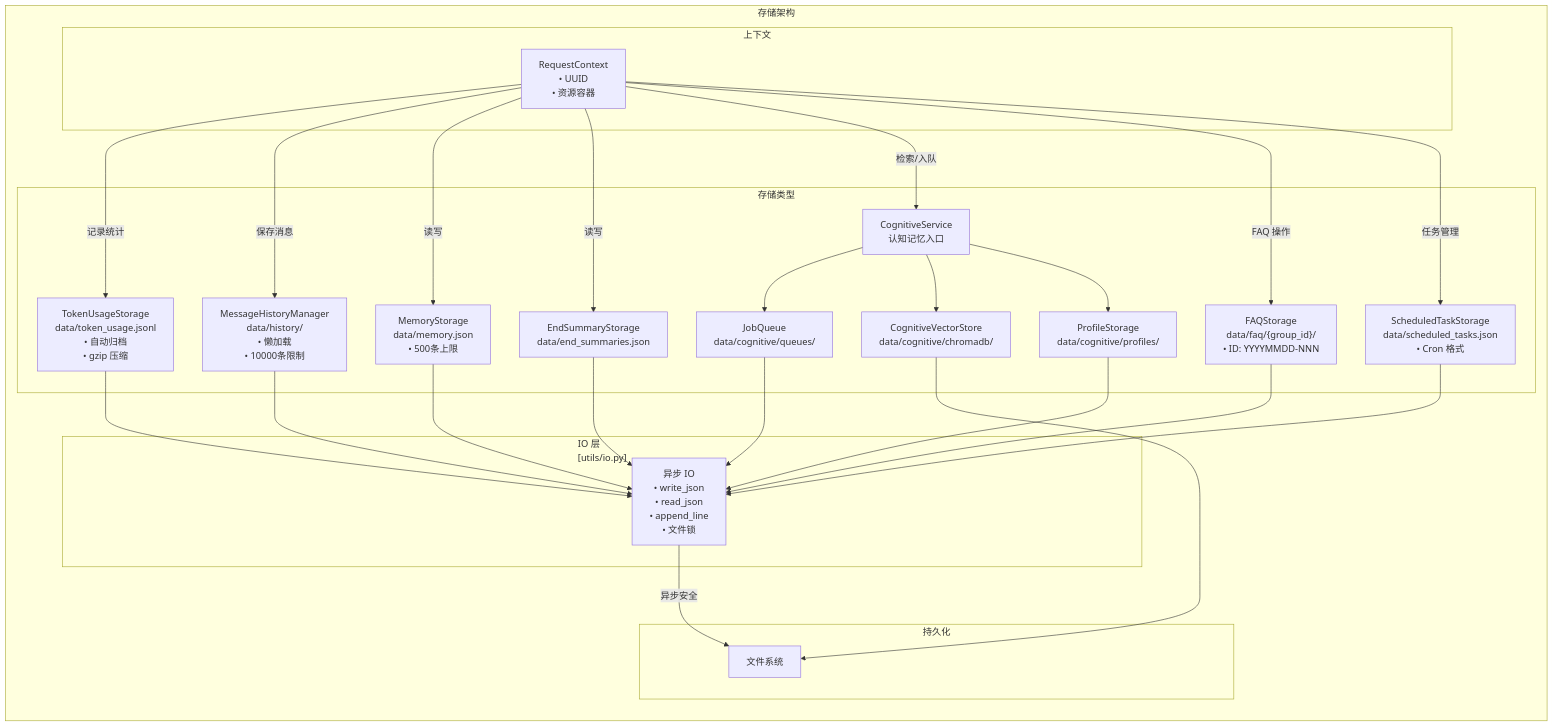
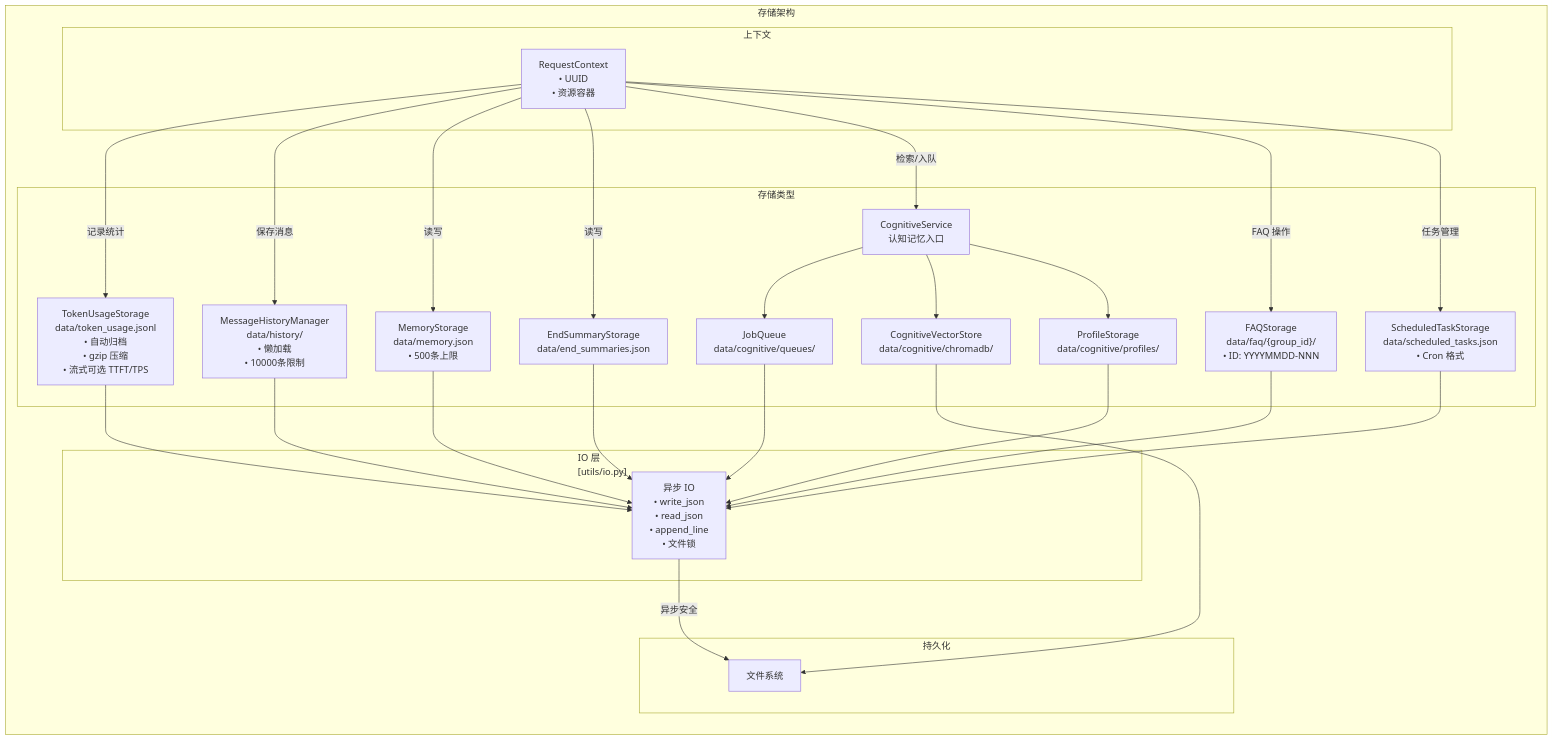
The fourth of 8 diagrams in ARCHITECTURE.md (69gg/Undefined), drawn with Mermaid before and after one commit. The commit also changed other lines of this file and 37 other files, not shown here.

````diff
--- a/ARCHITECTURE.md
+++ b/ARCHITECTURE.md
@@ -555,54 +555,54 @@
 ```mermaid
 graph LR
     subgraph StorageArchitecture["存储架构"]
         subgraph Context["上下文"]
             RC["RequestContext<br/>• UUID<br/>• 资源容器"]
         end
         
         subgraph IOLayer["IO 层<br/>[utils/io.py]"]
             IO["异步 IO<br/>• write_json<br/>• read_json<br/>• append_line<br/>• 文件锁"]
         end
         
         subgraph StorageTypes["存储类型"]
             History["MessageHistoryManager<br/>data/history/<br/>• 懒加载<br/>• 10000条限制"]
             Memory["MemoryStorage<br/>data/memory.json<br/>• 500条上限"]
             EndSummary["EndSummaryStorage<br/>data/end_summaries.json"]
             CognitiveSvc["CognitiveService<br/>认知记忆入口"]
             CognitiveQueue["JobQueue<br/>data/cognitive/queues/"]
             CognitiveVector["CognitiveVectorStore<br/>data/cognitive/chromadb/"]
             CognitiveProfile["ProfileStorage<br/>data/cognitive/profiles/"]
             FAQ["FAQStorage<br/>data/faq/{group_id}/<br/>• ID: YYYYMMDD-NNN"]
             Tasks["ScheduledTaskStorage<br/>data/scheduled_tasks.json<br/>• Cron 格式"]
-            TokenUsage["TokenUsageStorage<br/>data/token_usage.jsonl<br/>• 自动归档<br/>• gzip 压缩"]
+            TokenUsage["TokenUsageStorage<br/>data/token_usage.jsonl<br/>• 自动归档<br/>• gzip 压缩<br/>• 流式可选 TTFT/TPS"]
         end
         
         subgraph Persistence["持久化"]
             FS["文件系统"]
         end
     end
     
     %% 连接
     RC -->|"记录统计"| TokenUsage
     RC -->|"保存消息"| History
     RC -->|"读写"| Memory
     RC -->|"读写"| EndSummary
     RC -->|"检索/入队"| CognitiveSvc
     RC -->|"FAQ 操作"| FAQ
     RC -->|"任务管理"| Tasks
     
     CognitiveSvc --> CognitiveQueue
     CognitiveSvc --> CognitiveVector
     CognitiveSvc --> CognitiveProfile
     
     TokenUsage --> IO
     History --> IO
     Memory --> IO
     EndSummary --> IO
     CognitiveQueue --> IO
     CognitiveProfile --> IO
     FAQ --> IO
     Tasks --> IO
     CognitiveVector --> FS
     
     IO -->|"异步安全"| FS
 ```
````
